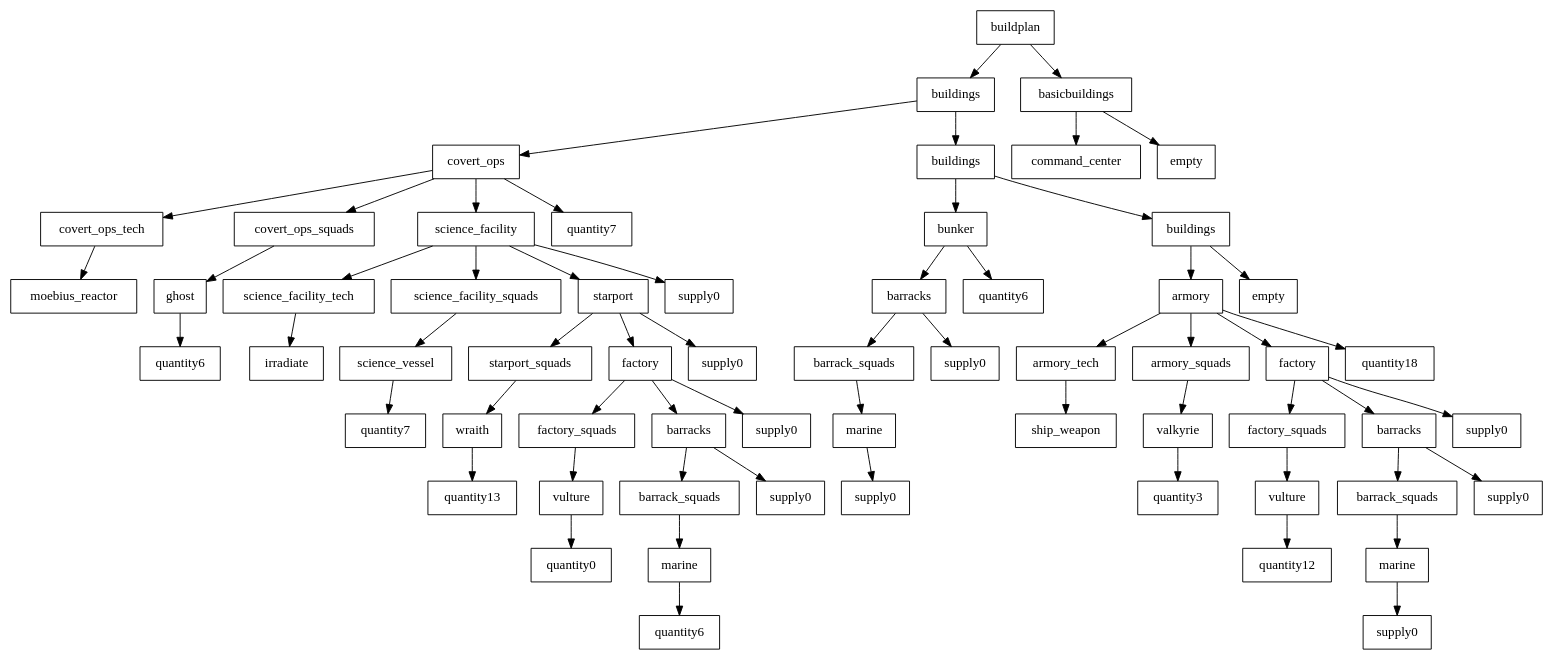
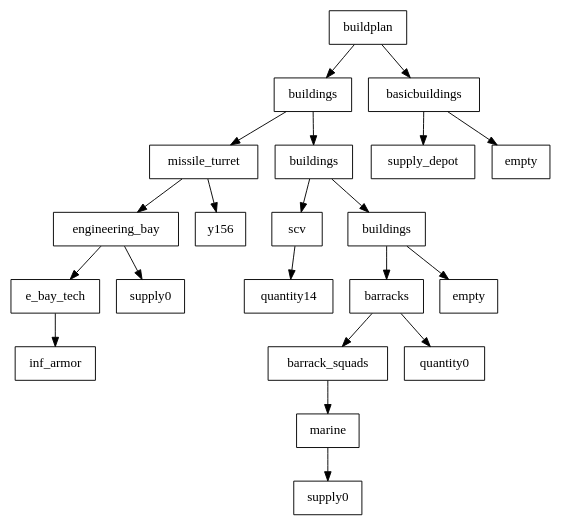
The diagram in GPBot/file0.dot (cryogenic-dreams/StarCraft-GPBot), drawn with Graphviz before and after one commit. The commit also changed 41 other files, not shown here.

```diff
--- a/GPBot/file0.dot
+++ b/GPBot/file0.dot
@@ -1,125 +1,45 @@
 digraph g {
 graph [ordering=out];
 node [shape=rectangle];
 n[label = "buildplan"];
 n0[label = "buildings"];
-n00[label = "covert_ops"];
-n000[label = "covert_ops_tech"];
-n0000[label = "moebius_reactor"];
+n00[label = "missile_turret"];
+n000[label = "engineering_bay"];
+n0000[label = "e_bay_tech"];
+n00000[label = "inf_armor"];
+n0000 -> n00000;
 n000 -> n0000;
+n0001[label = "supply0"];
+n000 -> n0001;
 n00 -> n000;
-n001[label = "covert_ops_squads"];
-n0010[label = "ghost"];
-n00100[label = "quantity6"];
-n0010 -> n00100;
-n001 -> n0010;
+n001[label = "y156"];
 n00 -> n001;
-n002[label = "science_facility"];
-n0020[label = "science_facility_tech"];
-n00200[label = "irradiate"];
-n0020 -> n00200;
-n002 -> n0020;
-n0021[label = "science_facility_squads"];
-n00210[label = "science_vessel"];
-n002100[label = "quantity7"];
-n00210 -> n002100;
-n0021 -> n00210;
-n002 -> n0021;
-n0022[label = "starport"];
-n00220[label = "starport_squads"];
-n002200[label = "wraith"];
-n0022000[label = "quantity13"];
-n002200 -> n0022000;
-n00220 -> n002200;
-n0022 -> n00220;
-n00221[label = "factory"];
-n002210[label = "factory_squads"];
-n0022100[label = "vulture"];
-n00221000[label = "quantity0"];
-n0022100 -> n00221000;
-n002210 -> n0022100;
-n00221 -> n002210;
-n002211[label = "barracks"];
-n0022110[label = "barrack_squads"];
-n00221100[label = "marine"];
-n002211000[label = "quantity6"];
-n00221100 -> n002211000;
-n0022110 -> n00221100;
-n002211 -> n0022110;
-n0022111[label = "supply0"];
-n002211 -> n0022111;
-n00221 -> n002211;
-n002212[label = "supply0"];
-n00221 -> n002212;
-n0022 -> n00221;
-n00222[label = "supply0"];
-n0022 -> n00222;
-n002 -> n0022;
-n0023[label = "supply0"];
-n002 -> n0023;
-n00 -> n002;
-n003[label = "quantity7"];
-n00 -> n003;
 n0 -> n00;
 n01[label = "buildings"];
-n010[label = "bunker"];
-n0100[label = "barracks"];
-n01000[label = "barrack_squads"];
-n010000[label = "marine"];
-n0100000[label = "supply0"];
-n010000 -> n0100000;
-n01000 -> n010000;
-n0100 -> n01000;
-n01001[label = "supply0"];
-n0100 -> n01001;
+n010[label = "scv"];
+n0100[label = "quantity14"];
 n010 -> n0100;
-n0101[label = "quantity6"];
-n010 -> n0101;
 n01 -> n010;
 n011[label = "buildings"];
-n0110[label = "armory"];
-n01100[label = "armory_tech"];
-n011000[label = "ship_weapon"];
+n0110[label = "barracks"];
+n01100[label = "barrack_squads"];
+n011000[label = "marine"];
+n0110000[label = "supply0"];
+n011000 -> n0110000;
 n01100 -> n011000;
 n0110 -> n01100;
-n01101[label = "armory_squads"];
-n011010[label = "valkyrie"];
-n0110100[label = "quantity3"];
-n011010 -> n0110100;
-n01101 -> n011010;
+n01101[label = "quantity0"];
 n0110 -> n01101;
-n01102[label = "factory"];
-n011020[label = "factory_squads"];
-n0110200[label = "vulture"];
-n01102000[label = "quantity12"];
-n0110200 -> n01102000;
-n011020 -> n0110200;
-n01102 -> n011020;
-n011021[label = "barracks"];
-n0110210[label = "barrack_squads"];
-n01102100[label = "marine"];
-n011021000[label = "supply0"];
-n01102100 -> n011021000;
-n0110210 -> n01102100;
-n011021 -> n0110210;
-n0110211[label = "supply0"];
-n011021 -> n0110211;
-n01102 -> n011021;
-n011022[label = "supply0"];
-n01102 -> n011022;
-n0110 -> n01102;
-n01103[label = "quantity18"];
-n0110 -> n01103;
 n011 -> n0110;
 n0111[label = "empty"];
 n011 -> n0111;
 n01 -> n011;
 n0 -> n01;
 n -> n0;
 n1[label = "basicbuildings"];
-n10[label = "command_center"];
+n10[label = "supply_depot"];
 n1 -> n10;
 n11[label = "empty"];
 n1 -> n11;
 n -> n1;
 }
```
